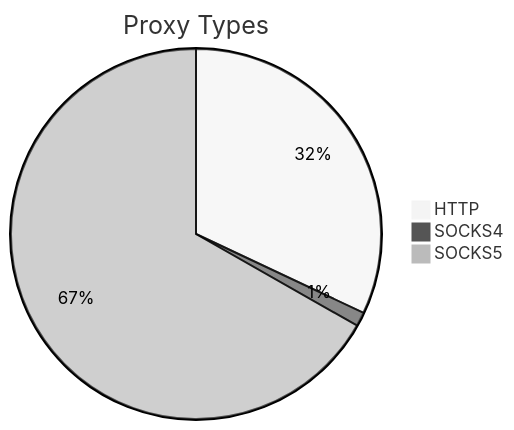
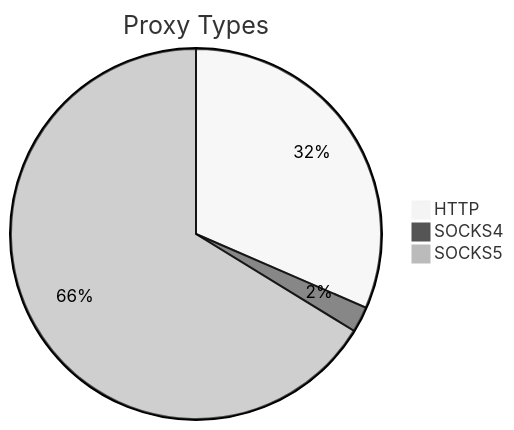
One commit to stormsia/proxy-list changed the first of 2 diagrams in README.md. Above: the diagram before and after it, drawn with Mermaid (neutral theme). The commit also changed other lines of this file, not shown here.

````diff
--- a/README.md
+++ b/README.md
@@ -21,6 +21,6 @@
 ```mermaid
 pie title Proxy Types
-    "HTTP" : 833
-    "SOCKS4" : 32
-    "SOCKS5" : 1738
+    "HTTP" : 968
+    "SOCKS4" : 69
+    "SOCKS5" : 2035
 ```
````
